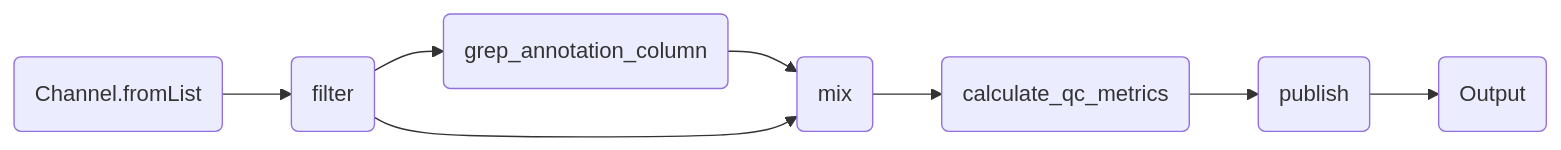
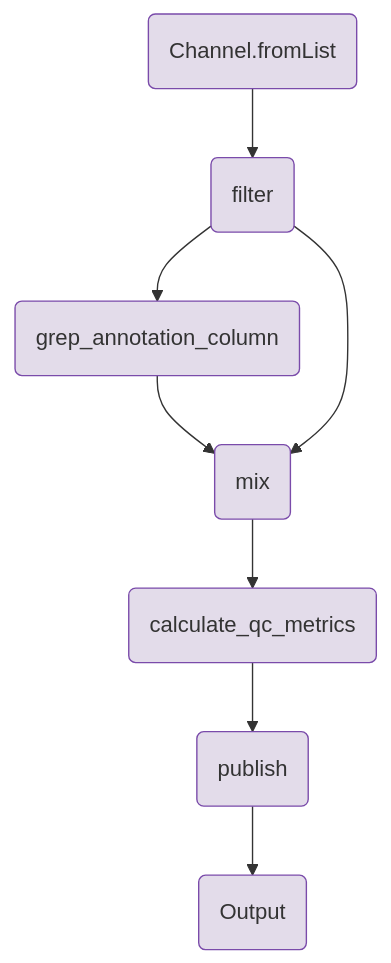
Before and after one commit to openpipelines-bio/website: the diagram in components/workflows/qc/qc.qmd, drawn with Mermaid. The commit also changed 21 other files, not shown here.

````diff
--- a/components/workflows/qc/qc.qmd
+++ b/components/workflows/qc/qc.qmd
@@ -135,19 +135,25 @@
 ```{mermaid}
-%%| column: screen-inset-shaded
-flowchart LR
+flowchart TB
     v0(Channel.fromList)
     v2(filter)
     v20(grep_annotation_column)
     v33(mix)
     v42(calculate_qc_metrics)
     v62(publish)
     v90(Output)
     v0-->v2
     v2-->v20
     v20-->v33
     v2-->v33
     v33-->v42
     v42-->v62
     v62-->v90
+    style v0 fill:#e3dcea,stroke:#7a4baa;
+    style v2 fill:#e3dcea,stroke:#7a4baa;
+    style v20 fill:#e3dcea,stroke:#7a4baa;
+    style v33 fill:#e3dcea,stroke:#7a4baa;
+    style v42 fill:#e3dcea,stroke:#7a4baa;
+    style v62 fill:#e3dcea,stroke:#7a4baa;
+    style v90 fill:#e3dcea,stroke:#7a4baa;
 
 ```
````
